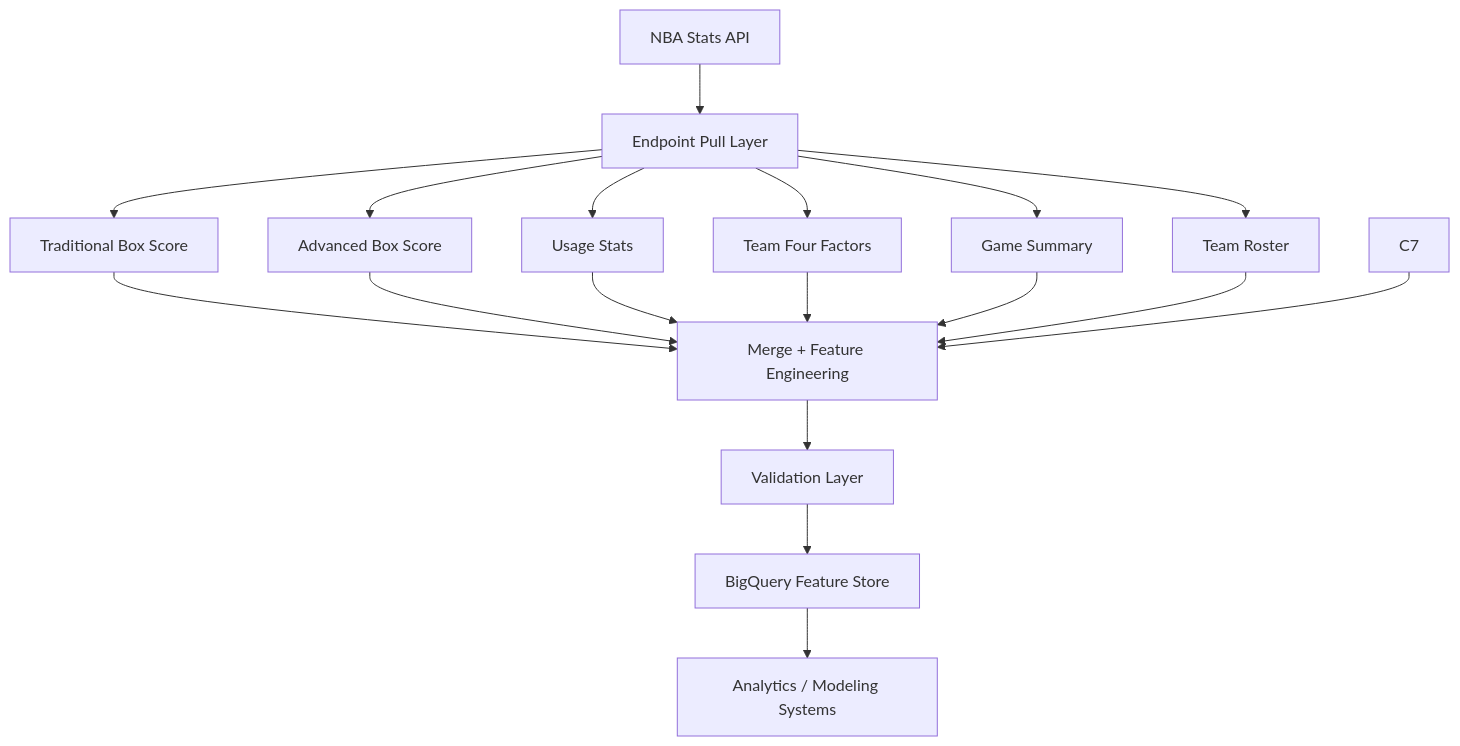
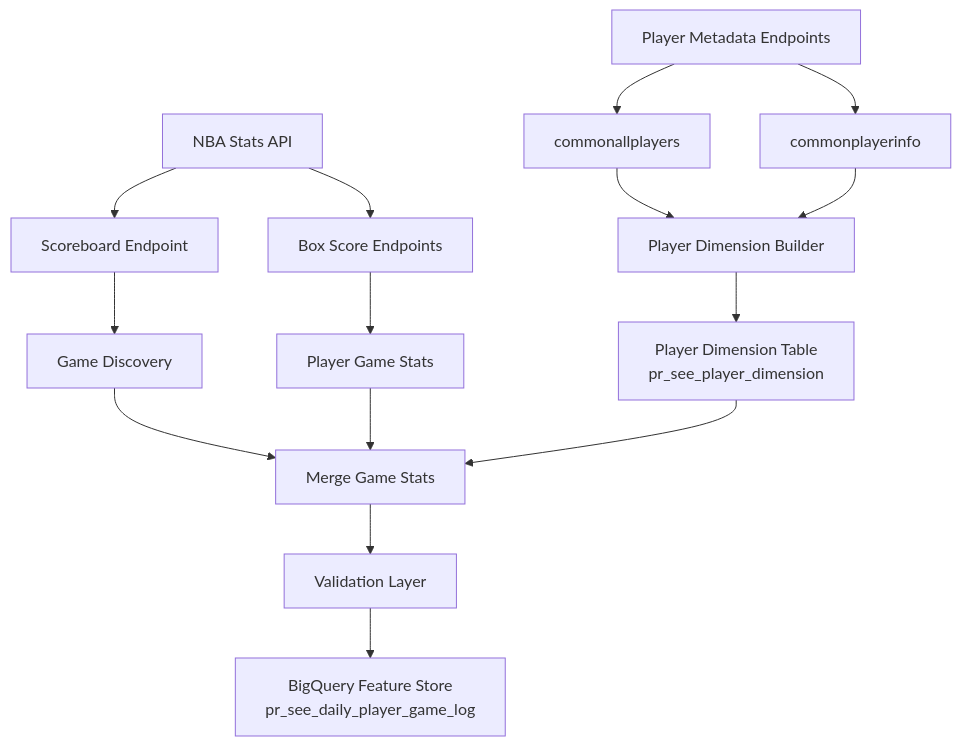
Before and after one commit to zh412/nba-feature-store: the diagram in README.md, drawn with Mermaid. The commit also changed other lines of this file and 4 other files, not shown here.

````diff
--- a/README.md
+++ b/README.md
@@ -199,26 +52,28 @@
 ```mermaid
 flowchart TD
 
-A[NBA Stats API] --> B[Endpoint Pull Layer]
+A[NBA Stats API]
 
-B --> C1[Traditional Box Score]
-B --> C2[Advanced Box Score]
-B --> C3[Usage Stats]
-B --> C4[Team Four Factors]
-B --> C5[Game Summary]
-B --> C6[Team Roster]
+A --> B1[Scoreboard Endpoint]
+A --> B2[Box Score Endpoints]
 
-C1 --> D[Merge + Feature Engineering]
+B1 --> C1[Game Discovery]
+B2 --> C2[Player Game Stats]
+
+C1 --> D[Merge Game Stats]
 C2 --> D
-C3 --> D
-C4 --> D
-C5 --> D
-C6 --> D
-C7 --> D
 
-D --> E[Validation Layer]
+E[Player Metadata Endpoints] --> F1[commonallplayers]
+E --> F2[commonplayerinfo]
 
-E --> F[BigQuery Feature Store]
+F1 --> G[Player Dimension Builder]
+F2 --> G
 
-F --> G[Analytics / Modeling Systems]
+G --> H[Player Dimension Table<br>pr_see_player_dimension]
+
+H --> D
+
+D --> I[Validation Layer]
+
+I --> J[BigQuery Feature Store<br>pr_see_daily_player_game_log]
 ```
````
